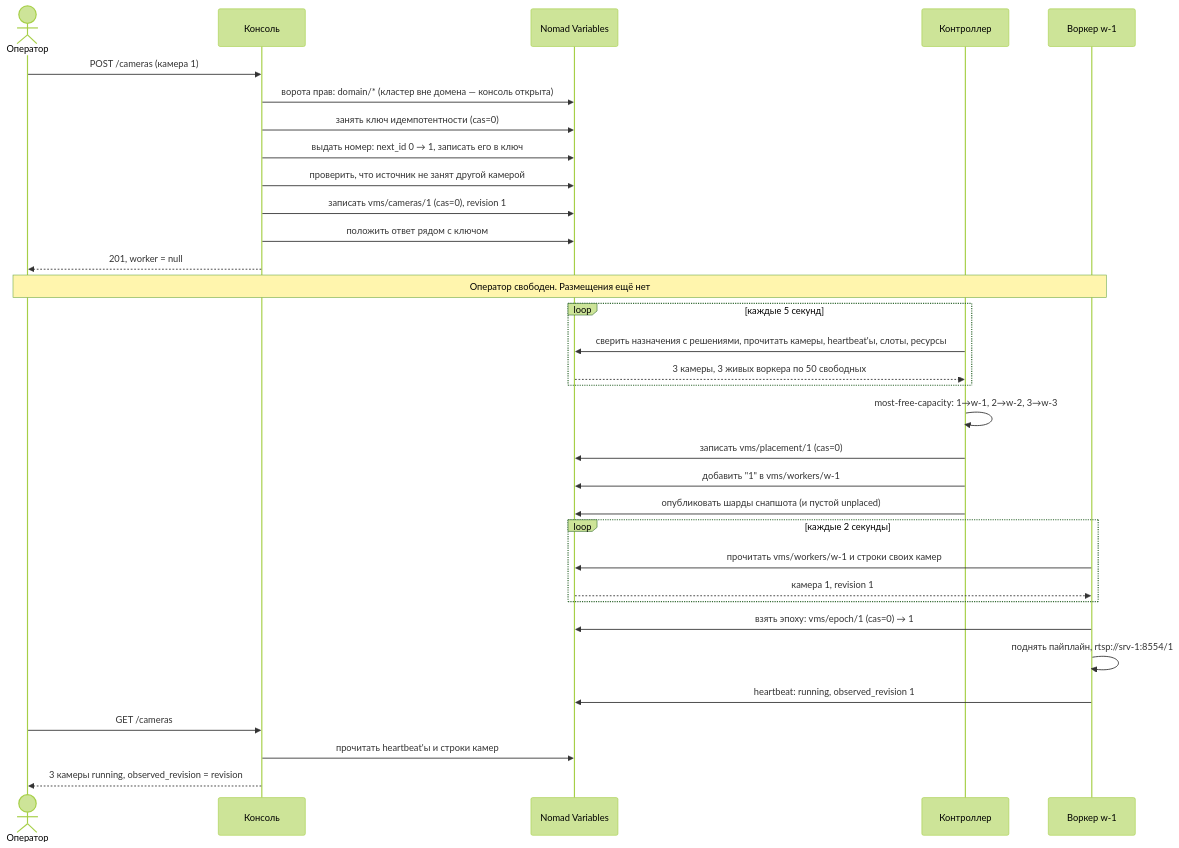
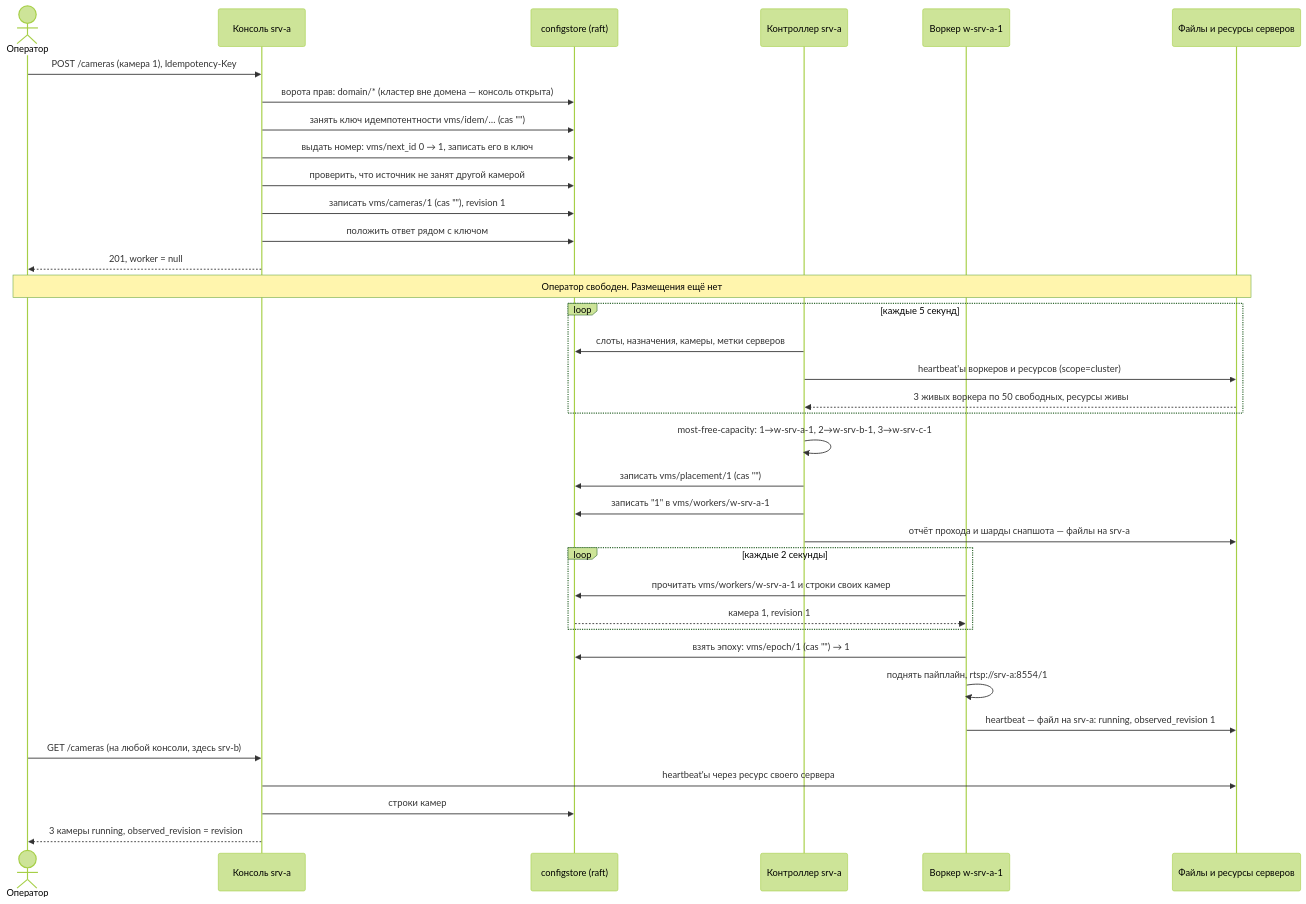
The diagram in _notes-ru/three-cameras/06-confirmation.md (altumur/server-vms-course), drawn with Mermaid (forest theme) before and after one commit. The commit also changed other lines of this file, not shown here.

Commit message:
three-cameras: 06-confirmation пересобран под М11 без оркестратора (сессия «Вопросы»)

````diff
--- a/_notes-ru/three-cameras/06-confirmation.md
+++ b/_notes-ru/three-cameras/06-confirmation.md
@@ -291,40 +392,43 @@
 ```mermaid
 sequenceDiagram
     actor OP as Оператор
-    participant CON as Консоль
-    participant NV as Nomad Variables
-    participant CTL as Контроллер
-    participant W1 as Воркер w-1
+    participant CON as Консоль srv-a
+    participant CS as configstore (raft)
+    participant CTL as Контроллер srv-a
+    participant W1 as Воркер w-srv-a-1
+    participant FS as Файлы и ресурсы серверов
 
-    OP->>CON: POST /cameras (камера 1)
-    CON->>NV: ворота прав: domain/* (кластер вне домена — консоль открыта)
-    CON->>NV: занять ключ идемпотентности (cas=0)
-    CON->>NV: выдать номер: next_id 0 → 1, записать его в ключ
-    CON->>NV: проверить, что источник не занят другой камерой
-    CON->>NV: записать vms/cameras/1 (cas=0), revision 1
-    CON->>NV: положить ответ рядом с ключом
+    OP->>CON: POST /cameras (камера 1), Idempotency-Key
+    CON->>CS: ворота прав: domain/* (кластер вне домена — консоль открыта)
+    CON->>CS: занять ключ идемпотентности vms/idem/… (cas "")
+    CON->>CS: выдать номер: vms/next_id 0 → 1, записать его в ключ
+    CON->>CS: проверить, что источник не занят другой камерой
+    CON->>CS: записать vms/cameras/1 (cas ""), revision 1
+    CON->>CS: положить ответ рядом с ключом
     CON-->>OP: 201, worker = null
 
-    Note over OP,W1: Оператор свободен. Размещения ещё нет
+    Note over OP,FS: Оператор свободен. Размещения ещё нет
 
     loop каждые 5 секунд
-        CTL->>NV: сверить назначения с решениями, прочитать камеры, heartbeat'ы, слоты, ресурсы
-        NV-->>CTL: 3 камеры, 3 живых воркера по 50 свободных
+        CTL->>CS: слоты, назначения, камеры, метки серверов
+        CTL->>FS: heartbeat'ы воркеров и ресурсов (scope=cluster)
+        FS-->>CTL: 3 живых воркера по 50 свободных, ресурсы живы
     end
-    CTL->>CTL: most-free-capacity: 1→w-1, 2→w-2, 3→w-3
-    CTL->>NV: записать vms/placement/1 (cas=0)
-    CTL->>NV: добавить "1" в vms/workers/w-1
-    CTL->>NV: опубликовать шарды снапшота (и пустой unplaced)
+    CTL->>CTL: most-free-capacity: 1→w-srv-a-1, 2→w-srv-b-1, 3→w-srv-c-1
+    CTL->>CS: записать vms/placement/1 (cas "")
+    CTL->>CS: записать "1" в vms/workers/w-srv-a-1
+    CTL->>FS: отчёт прохода и шарды снапшота — файлы на srv-a
 
     loop каждые 2 секунды
-        W1->>NV: прочитать vms/workers/w-1 и строки своих камер
-        NV-->>W1: камера 1, revision 1
+        W1->>CS: прочитать vms/workers/w-srv-a-1 и строки своих камер
+        CS-->>W1: камера 1, revision 1
     end
-    W1->>NV: взять эпоху: vms/epoch/1 (cas=0) → 1
-    W1->>W1: поднять пайплайн, rtsp://srv-1:8554/1
-    W1->>NV: heartbeat: running, observed_revision 1
+    W1->>CS: взять эпоху: vms/epoch/1 (cas "") → 1
+    W1->>W1: поднять пайплайн, rtsp://srv-a:8554/1
+    W1->>FS: heartbeat — файл на srv-a: running, observed_revision 1
 
-    OP->>CON: GET /cameras
-    CON->>NV: прочитать heartbeat'ы и строки камер
+    OP->>CON: GET /cameras (на любой консоли, здесь srv-b)
+    CON->>FS: heartbeat'ы через ресурс своего сервера
+    CON->>CS: строки камер
     CON-->>OP: 3 камеры running, observed_revision = revision
 ```
````
